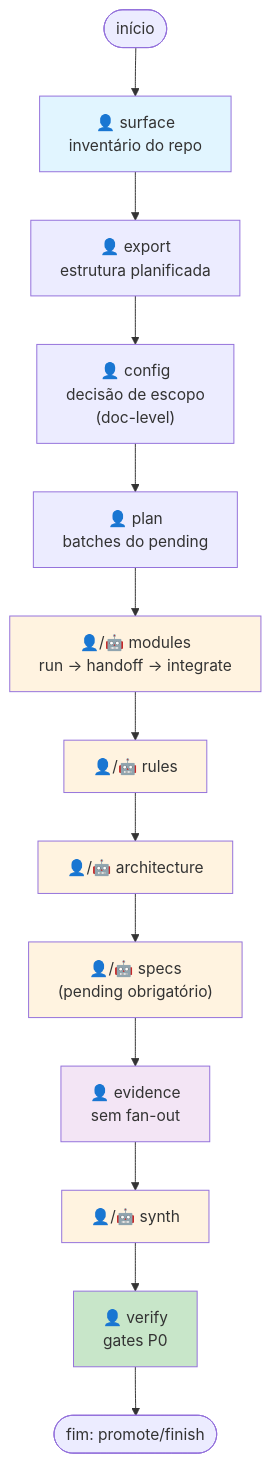
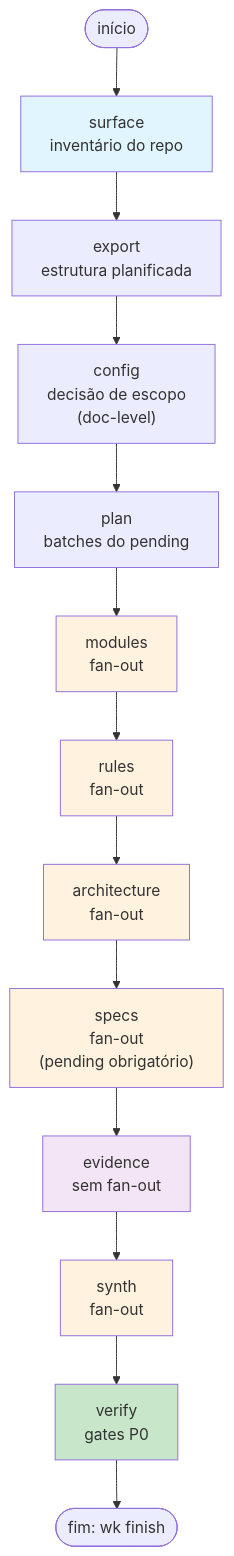
One commit to devDinoFukuda/wiki-ai changed the first of 2 diagrams in operations/fluxo3.md. Above: the diagram before and after it, drawn with Mermaid. The commit also changed other lines of this file and 6 other files, not shown here.

Commit message:
feat: modo piloto do FLUXO 3 (onda 8) — wk code pilot, /wk-flow gravado pelo init, jornada P1-P4

````diff
--- a/operations/fluxo3.md
+++ b/operations/fluxo3.md
@@ -7,24 +7,24 @@
 ```mermaid
 flowchart TD
-    START([início]) --> surface["👤 surface<br/>inventário do repo"]
-    surface --> export["👤 export<br/>estrutura planificada"]
-    export --> config["👤 config<br/>decisão de escopo<br/>(doc-level)"]
-    config --> plan["👤 plan<br/>batches do pending"]
-    plan --> modules["👤/🤖 modules<br/>run → handoff → integrate"]
-    modules --> rules["👤/🤖 rules"]
-    rules --> architecture["👤/🤖 architecture"]
-    architecture --> specs["👤/🤖 specs<br/>(pending obrigatório)"]
-    specs --> evidence["👤 evidence<br/>sem fan-out"]
-    evidence --> synth["👤/🤖 synth"]
-    synth --> verify["👤 verify<br/>gates P0"]
-    verify --> END([fim: promote/finish])
-    
+    START([início]) --> surface["surface<br/>inventário do repo"]
+    surface --> export["export<br/>estrutura planificada"]
+    export --> config["config<br/>decisão de escopo<br/>(doc-level)"]
+    config --> plan["plan<br/>batches do pending"]
+    plan --> modules["modules<br/>fan-out"]
+    modules --> rules["rules<br/>fan-out"]
+    rules --> architecture["architecture<br/>fan-out"]
+    architecture --> specs["specs<br/>fan-out<br/>(pending obrigatório)"]
+    specs --> evidence["evidence<br/>sem fan-out"]
+    evidence --> synth["synth<br/>fan-out"]
+    synth --> verify["verify<br/>gates P0"]
+    verify --> END([fim: wk finish])
+
     style surface fill:#e1f5ff
     style modules fill:#fff3e0
     style rules fill:#fff3e0
     style architecture fill:#fff3e0
     style specs fill:#fff3e0
     style synth fill:#fff3e0
     style evidence fill:#f3e5f5
     style verify fill:#c8e6c9
 ```
````
